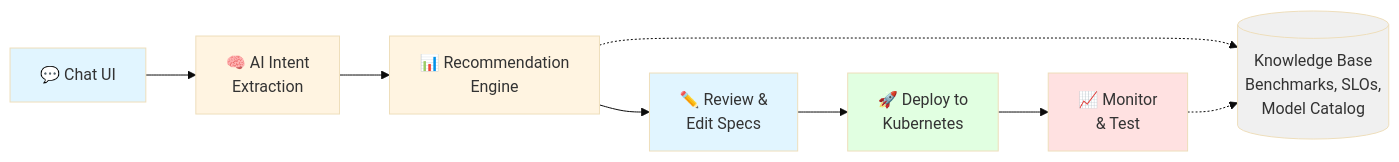
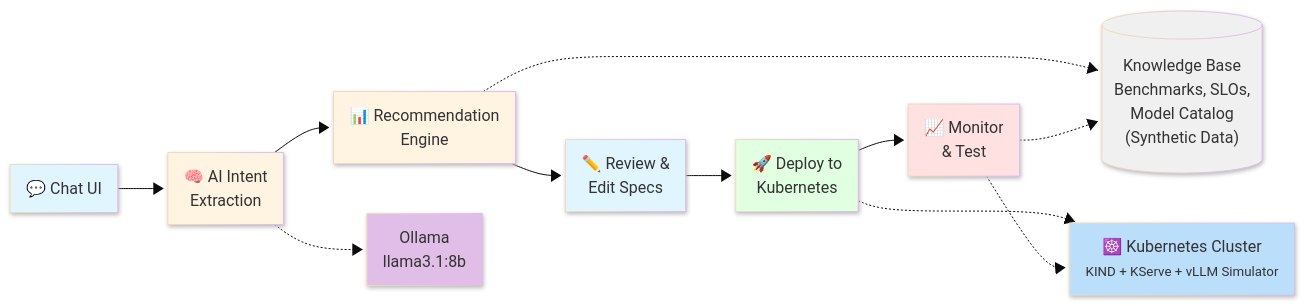
One commit to redhat-et/compass changed the first of 4 diagrams in docs/simplified-architecture-diagram.md. Above: the diagram before and after it, drawn with Mermaid (base theme). The commit also changed 2 other files, not shown here.

Commit message:
Update simplified architecture diagram

````diff
--- a/docs/simplified-architecture-diagram.md
+++ b/docs/simplified-architecture-diagram.md
@@ -5,21 +5,26 @@
 ```mermaid
-graph LR
-    A[💬 Chat UI] --> B[🧠 AI Intent<br/>Extraction]
-    B --> C[📊 Recommendation<br/>Engine]
-    C --> D[✏️ Review &<br/>Edit Specs]
-    D --> E[🚀 Deploy to<br/>Kubernetes]
-    E --> F[📈 Monitor<br/>& Test]
-
-    KB[(Knowledge Base<br/>Benchmarks, SLOs,<br/>Model Catalog)]
-
-    C -.-> KB
-    F -.-> KB
-
+---
+config:
+  layout: fixed
+  look: neo
+---
+flowchart LR
+    A["💬 Chat UI"] --> B["🧠 AI Intent<br>Extraction"]
+    B --> C["📊 Recommendation<br>Engine"]
+    B -.-> LLM["Ollama<br>llama3.1:8b"]
+    C --> D["✏️ Review &amp;<br>Edit Specs"]
+    D --> E["🚀 Deploy to<br>Kubernetes"]
+    E --> F["📈 Monitor<br>&amp; Test"]
+    E -.-> K8S["☸️ Kubernetes Cluster<br><small>KIND + KServe + vLLM Simulator</small>"]
+    C -.-> KB[("Knowledge Base<br>Benchmarks, SLOs,<br>Model Catalog<br>(Synthetic Data)")]
+    F -.-> KB & K8S
     style A fill:#e1f5ff
     style B fill:#fff4e1
     style C fill:#fff4e1
+    style LLM fill:#E1BEE7
     style D fill:#e1f5ff
     style E fill:#e1ffe1
     style F fill:#ffe1e1
+    style K8S fill:#BBDEFB
     style KB fill:#f0f0f0
 ```
````
